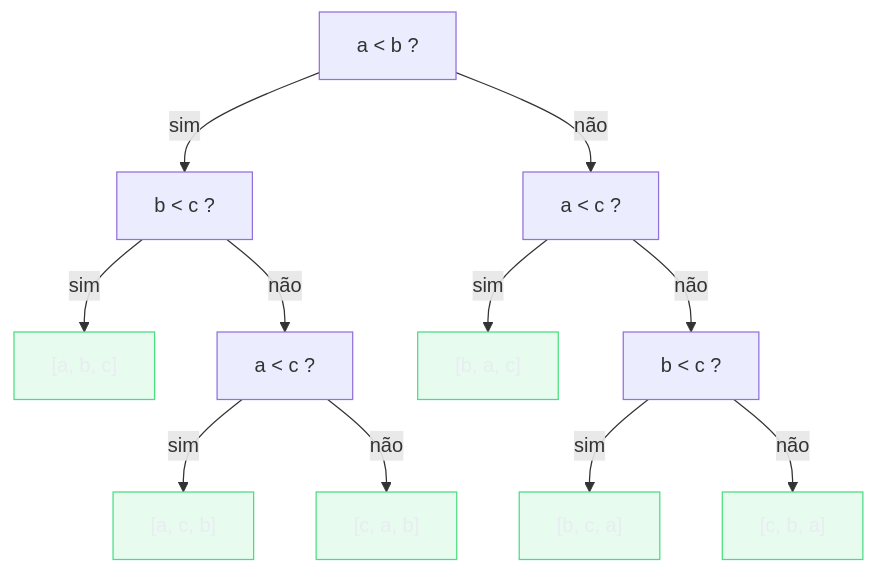
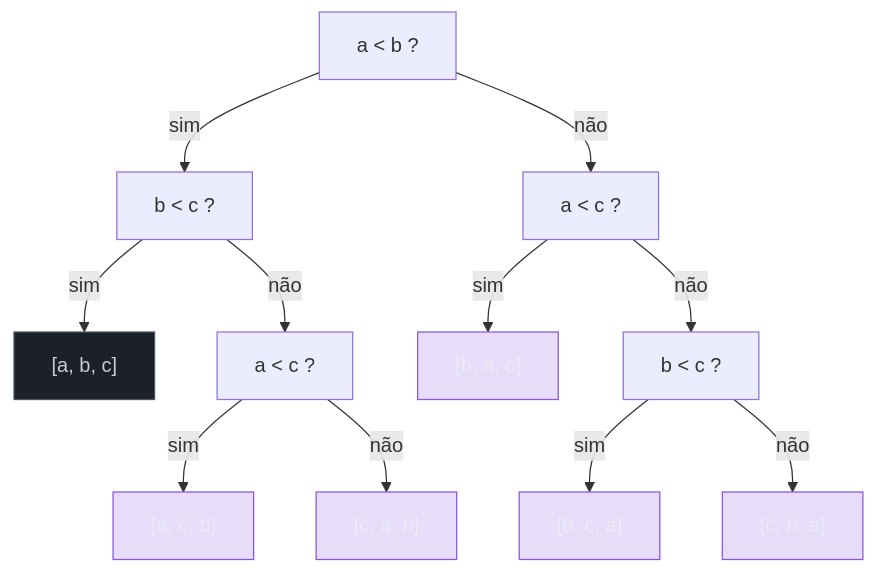
The third of 6 diagrams in 03-Dominios/Ciência/Algoritmos/07 - Ordenação.md (josenaldo/codex-technomanticus), drawn with Mermaid before and after one commit. The commit also changed other lines of this file and 601 other files, not shown here.

````diff
--- a/03-Dominios/Ciência/Algoritmos/07 - Ordenação.md
+++ b/03-Dominios/Ciência/Algoritmos/07 - Ordenação.md
@@ -176,23 +176,24 @@
 ```mermaid
 flowchart TB
-    classDef ok fill:#4ADE8021,stroke:#4ADE80,color:#E9ECF2
+    classDef marca fill:#8855DF33,stroke:#8855DF,color:#E9ECF2
+    classDef neutro fill:#1B2029,stroke:#4E5666,color:#C6CCD8
     A["a &lt; b ?"] -->|sim| B["b &lt; c ?"]
     A -->|não| C["a &lt; c ?"]
 
     B -->|sim| F1["[a, b, c]"]
     B -->|não| D["a &lt; c ?"]
     D -->|sim| F2["[a, c, b]"]
     D -->|não| F3["[c, a, b]"]
 
     C -->|sim| F4["[b, a, c]"]
     C -->|não| E["b &lt; c ?"]
     E -->|sim| F5["[b, c, a]"]
     E -->|não| F6["[c, b, a]"]
 
-    class F1 ok
-    class F2 ok
-    class F3 ok
-    class F4 ok
-    class F5 ok
-    class F6 ok
+    class F1 neutro
+    class F2 marca
+    class F3 marca
+    class F4 marca
+    class F5 marca
+    class F6 marca
 ```
````
